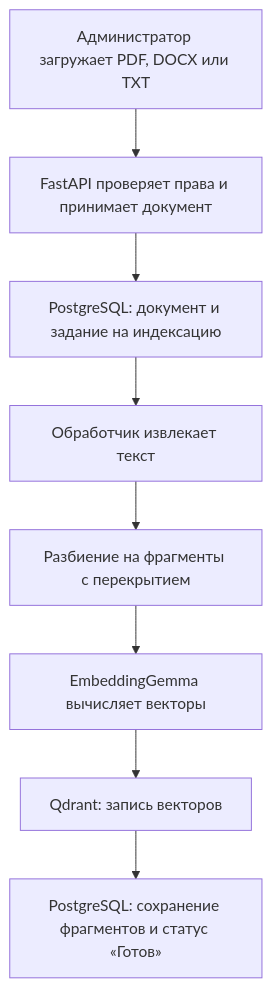
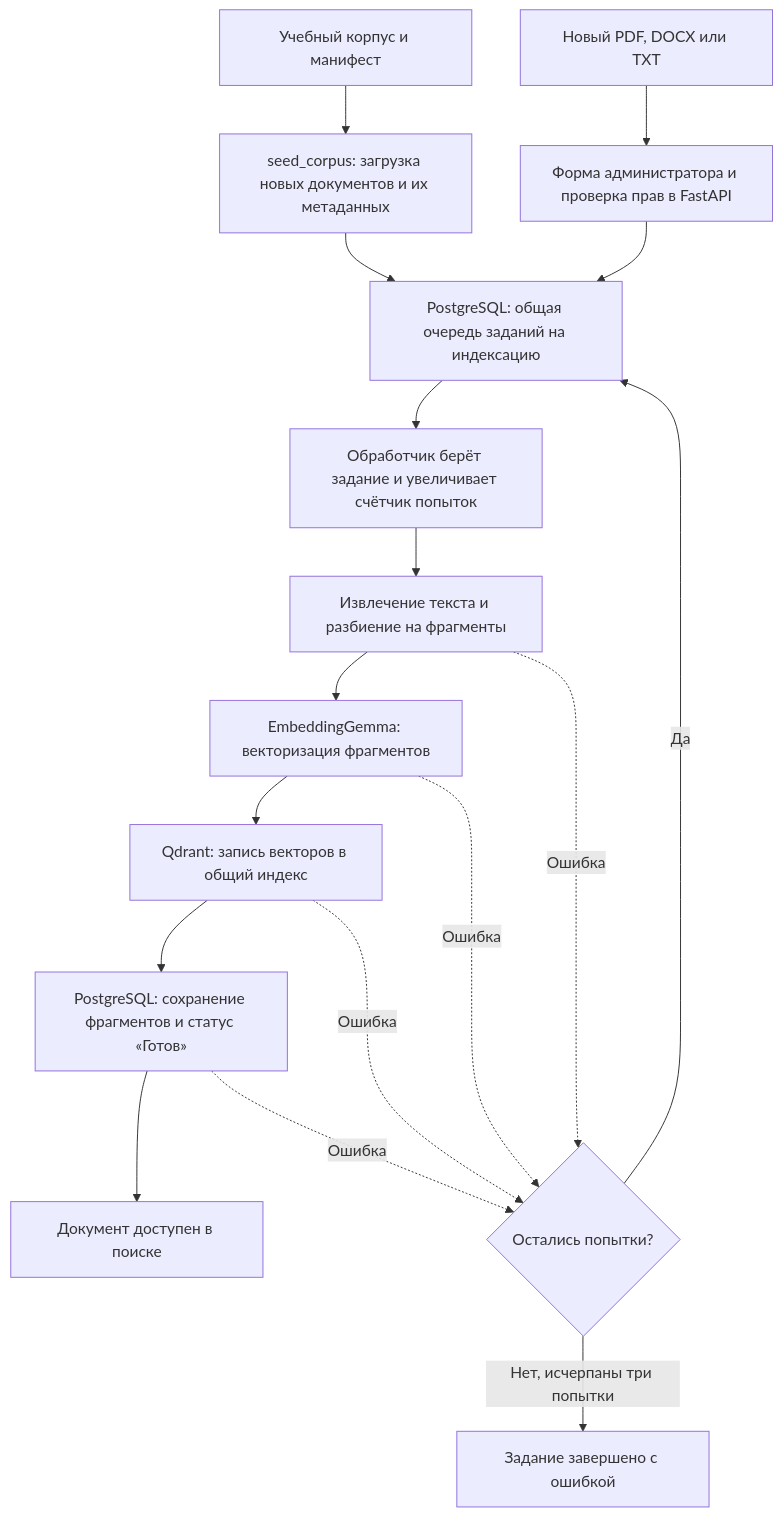
The first of 2 diagrams in README.md (GodwynCornelia/AI-HR-Agent), drawn with Mermaid before and after one commit. The commit also changed other lines of this file, not shown here.

Commit message:
Show corpus inputs and retry flow in indexing diagram

````diff
--- a/README.md
+++ b/README.md
@@ -49,10 +49,19 @@
 ```mermaid
 flowchart TD
-    A["Администратор загружает PDF, DOCX или TXT"] --> B["FastAPI проверяет права и принимает документ"]
-    B --> C["PostgreSQL: документ и задание на индексацию"]
-    C --> D["Обработчик извлекает текст"]
-    D --> E["Разбиение на фрагменты с перекрытием"]
-    E --> F["EmbeddingGemma вычисляет векторы"]
-    F --> G["Qdrant: запись векторов"]
-    G --> H["PostgreSQL: сохранение фрагментов и статус «Готов»"]
+    A["Учебный корпус и манифест"] --> A1["seed_corpus: загрузка новых документов и их метаданных"]
+    B["Новый PDF, DOCX или TXT"] --> B1["Форма администратора и проверка прав в FastAPI"]
+    A1 --> Q["PostgreSQL: общая очередь заданий на индексацию"]
+    B1 --> Q
+    Q --> W["Обработчик берёт задание и увеличивает счётчик попыток"]
+    W --> T["Извлечение текста и разбиение на фрагменты"]
+    T --> V["EmbeddingGemma: векторизация фрагментов"]
+    V --> I["Qdrant: запись векторов в общий индекс"]
+    I --> S["PostgreSQL: сохранение фрагментов и статус «Готов»"]
+    S --> R["Документ доступен в поиске"]
+    T -. Ошибка .-> E{"Остались попытки?"}
+    V -. Ошибка .-> E
+    I -. Ошибка .-> E
+    S -. Ошибка .-> E
+    E -->|Да| Q
+    E -->|Нет, исчерпаны три попытки| X["Задание завершено с ошибкой"]
 ```
````
